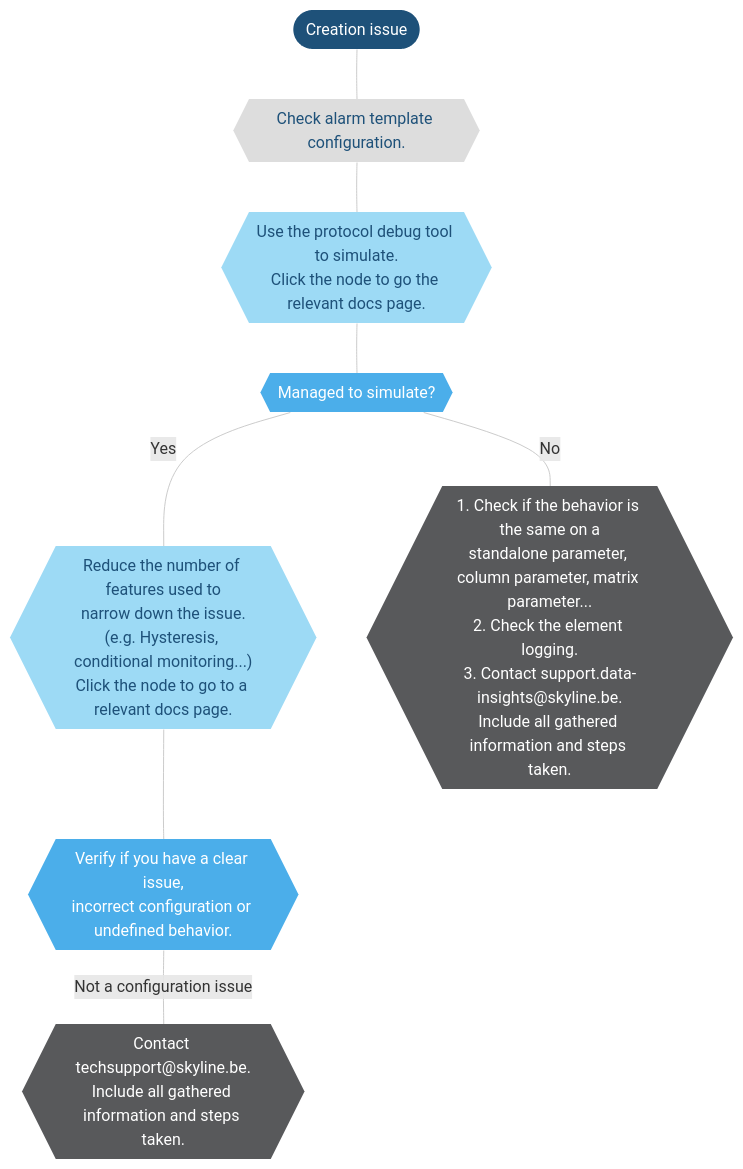
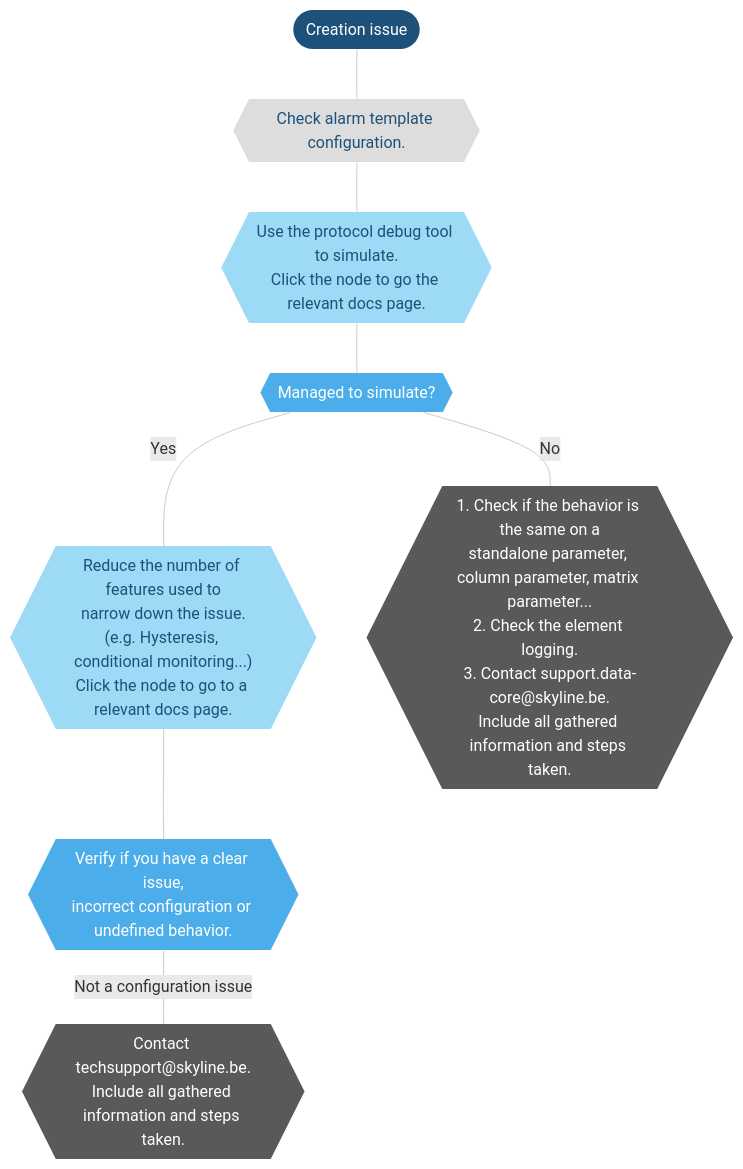
One commit to SkylineCommunications/dataminer-docs changed the third of 3 diagrams in user-guide/Troubleshooting/Troubleshooting_Flowcharts/Troubleshooting_Alarms.md. Above: the diagram before and after it, drawn with Mermaid. The commit also changed other lines of this file, not shown here.

```diff
--- a/user-guide/Troubleshooting/Troubleshooting_Flowcharts/Troubleshooting_Alarms.md
+++ b/user-guide/Troubleshooting/Troubleshooting_Flowcharts/Troubleshooting_Alarms.md
@@ -96,39 +96,39 @@
 <div class="mermaid">
 flowchart TD
 %% Define styles %%
 linkStyle default stroke:#cccccc
 classDef classTerminal fill:#1e5179,stroke:#1e5179,color:#ffffff,stroke-width:0px;
 classDef classDecision fill:#4baeea,stroke:#4baeea,color:#ffffff,stroke-width:0px;
 classDef classExternalRef fill:#9ddaf5,stroke:#9ddaf5,color:#1E5179,stroke-width:0px;
 classDef classActionClickable fill:#999999,stroke:#999999,color:#ffffff,stroke-width:0px;
 classDef classAction fill:#dddddd,stroke:#dddddd,color:#1E5179,stroke-width:0px;
 classDef classSolution fill:#58595b,stroke:#58595b,color:#ffffff,stroke-width:0px;
 %% Define blocks %%
 CreationIssue([Creation issue])
 AlarmTemplate{{"Check alarm template configuration."}}
 ProtocolDebug{{"Use the protocol debug tool to simulate.\nClick the node to go the relevant docs page."}}
 CanSimulate{{"Managed to simulate?"}}
 ReduceFeatures{{"Reduce the number of features used to\nnarrow down the issue.\n(e.g. Hysteresis, conditional monitoring...)\nClick the node to go to a relevant docs page."}}
 VerifyConfiguration{{"Verify if you have a clear issue,\nincorrect configuration or undefined behavior."}}
 NotFixedCOPS{{"Contact techsupport@skyline.be.\nInclude all gathered information and steps taken."}}
-ExtraInfoNotFixed{{"1. Check if the behavior is the same on a\nstandalone parameter, column parameter, matrix parameter...\n2. Check the element logging.\n3. Contact support.data-insights@skyline.be.\nInclude all gathered information and steps taken."}}
+ExtraInfoNotFixed{{"1. Check if the behavior is the same on a\nstandalone parameter, column parameter, matrix parameter...\n2. Check the element logging.\n3. Contact support.data-core@skyline.be.\nInclude all gathered information and steps taken."}}
 %% Connect blocks %%
 CreationIssue --- AlarmTemplate
 AlarmTemplate --- ProtocolDebug
 ProtocolDebug --- CanSimulate
 CanSimulate --- |Yes|ReduceFeatures
 ReduceFeatures --- VerifyConfiguration
 VerifyConfiguration --- |Not a configuration issue|NotFixedCOPS
 CanSimulate --- |No|ExtraInfoNotFixed
 %% Define hyperlinks %%
 click ProtocolDebug "/user-guide/Reference/DataMiner_Tools/
 Protocol_Debug_Tools.html"
 click ReduceFeatures "/user-guide/Basic_Functionality/Protocols_and_templates/Alarm_templates/Configuring_alarm_templates/About_the_alarm_template_editor.html"
 %% Apply styles to blocks %%
 class CreationIssue classTerminal;
 class AlarmConsole,Surveyor,Apps,Trending,ProtocolDebug,ReduceFeatures classExternalRef;
 %%class classActionClickable;
 class AlarmTemplate classAction;
 class DataPresent,CanSimulate,VerifyConfiguration classDecision;
 class ExtraInfoNotFixed,NotFixedCOPS classSolution;
 </div>
```
